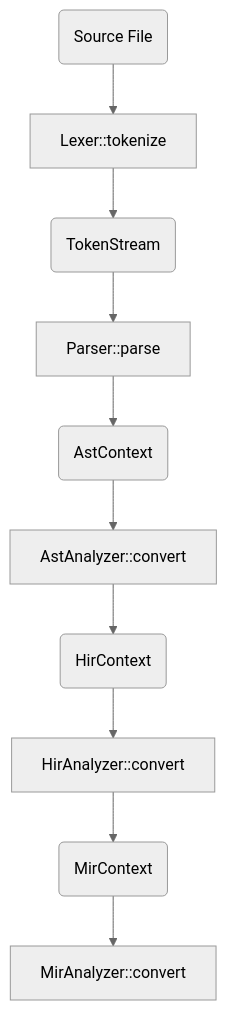
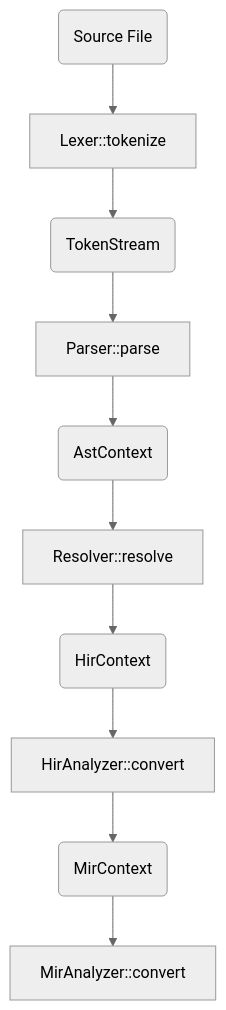
One commit to pugur523/redy changed the first of 2 diagrams in src/frontend/README.md. Above: the diagram before and after it, drawn with Mermaid (neutral theme). The commit also changed other lines of this file and 16 other files, not shown here.

````diff
--- a/src/frontend/README.md
+++ b/src/frontend/README.md
@@ -55,12 +55,12 @@
 ```mermaid
 flowchart TD
     A(Source File) --> B[Lexer::tokenize]
     B --> C(TokenStream)
     C --> D[Parser::parse]
     D --> E(AstContext)
-    E --> F[AstAnalyzer::convert]
+    E --> F[Resolver::resolve]
     F --> G(HirContext)
     G --> H[HirAnalyzer::convert]
     H --> I(MirContext)
     I --> J[MirAnalyzer::convert]
 ```
````
